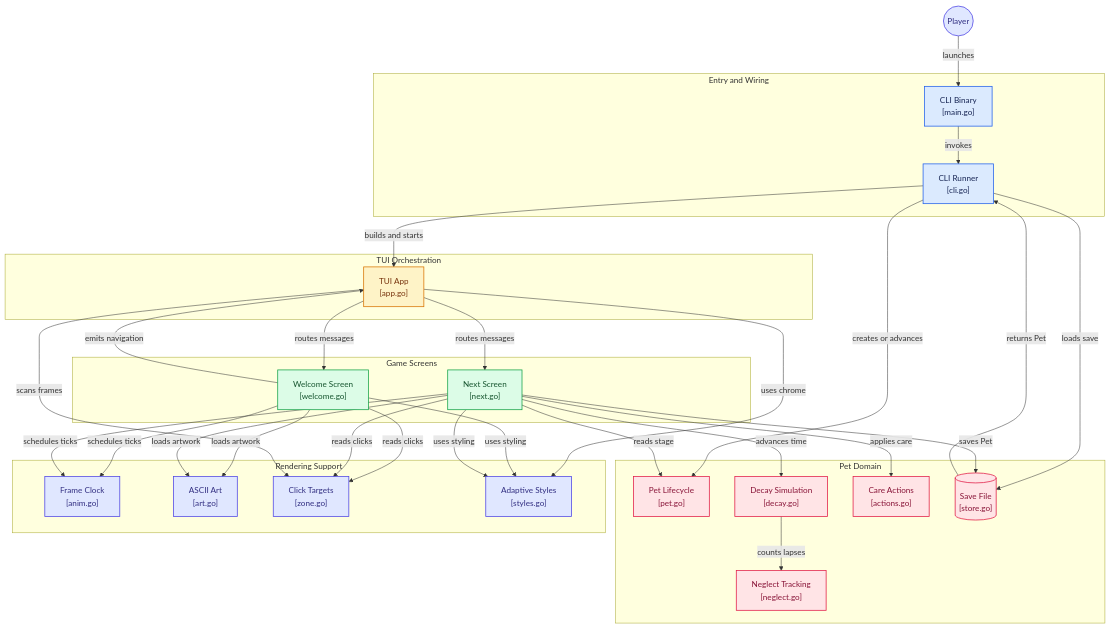
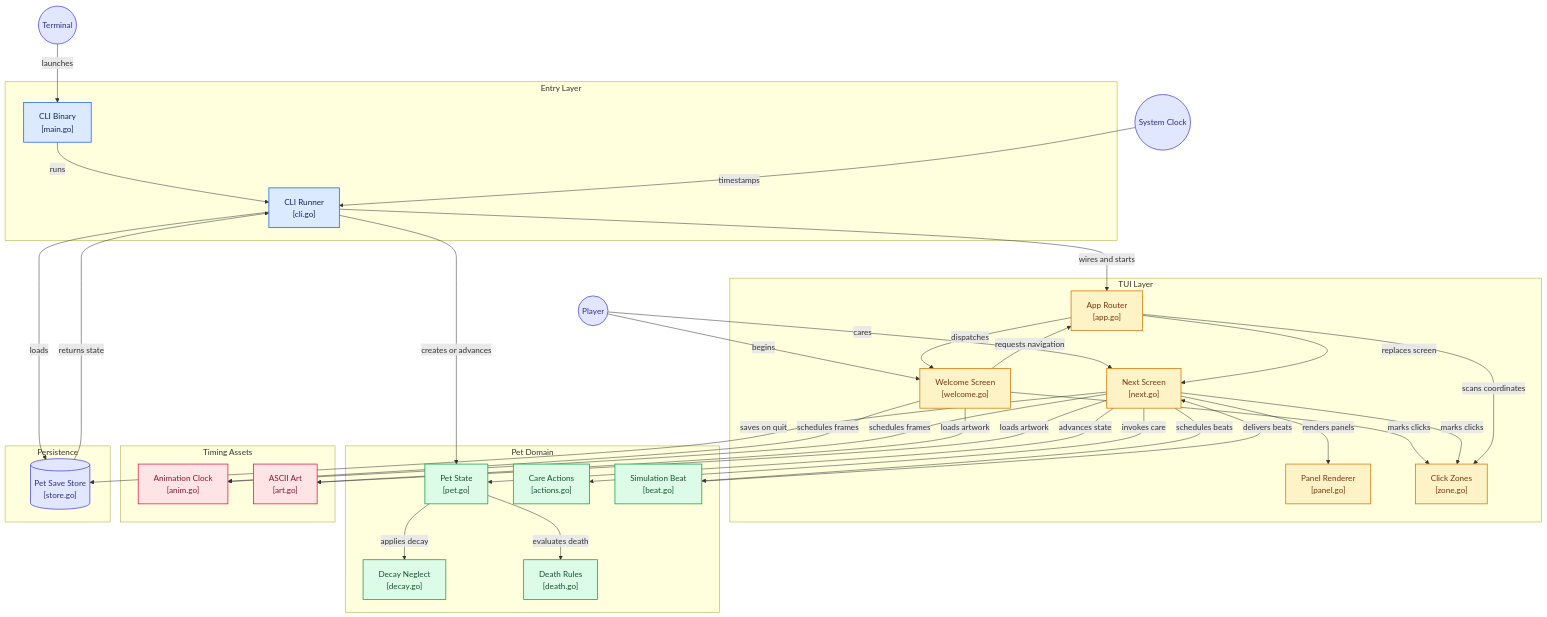
One commit to leekli/tamagotchi-go changed the diagram in README.md. Above: the diagram before and after it, drawn with Mermaid. The commit also changed other lines of this file, not shown here.

First line of the commit message:
docs: tidy the README and add the game rules

````diff
--- a/README.md
+++ b/README.md
@@ -162,76 +292,83 @@
 ```mermaid
 flowchart TD
 
-subgraph group_entry["Entry and Wiring"]
-  node_cmd["CLI Binary<br/>[main.go]"]
+subgraph group_entry["Entry Layer"]
+  node_main["CLI Binary<br/>[main.go]"]
   node_cli["CLI Runner<br/>[cli.go]"]
 end
 
-subgraph group_orchestration["TUI Orchestration"]
-  node_app["TUI App<br/>[app.go]"]
-end
-
-subgraph group_screens["Game Screens"]
+subgraph group_ui["TUI Layer"]
+  node_app["App Router<br/>[app.go]"]
   node_welcome["Welcome Screen<br/>[welcome.go]"]
   node_next["Next Screen<br/>[next.go]"]
+  node_panel["Panel Renderer<br/>[panel.go]"]
+  node_zones["Click Zones<br/>[zone.go]"]
 end
 
 subgraph group_domain["Pet Domain"]
-  node_pet["Pet Lifecycle<br/>[pet.go]"]
-  node_simulation["Decay Simulation<br/>[decay.go]"]
+  node_pet["Pet State<br/>[pet.go]"]
   node_care["Care Actions<br/>[actions.go]"]
-  node_neglect["Neglect Tracking<br/>[neglect.go]"]
-  node_store[("Save File<br/>[store.go]")]
+  node_decay["Decay Neglect<br/>[decay.go]"]
+  node_death["Death Rules<br/>[death.go]"]
+  node_beat["Simulation Beat<br/>[beat.go]"]
 end
 
-subgraph group_support["Rendering Support"]
-  node_anim["Frame Clock<br/>[anim.go]"]
+subgraph group_support["Timing Assets"]
+  node_anim["Animation Clock<br/>[anim.go]"]
   node_art["ASCII Art<br/>[art.go]"]
-  node_clicks["Click Targets<br/>[zone.go]"]
-  node_styles["Adaptive Styles<br/>[styles.go]"]
+end
+
+subgraph group_storage["Persistence"]
+  node_store[("Pet Save Store<br/>[store.go]")]
 end
 
 node_player(("Player"))
+node_terminal(("Terminal"))
+node_clock(("System Clock"))
 
-node_player -->|"launches"| node_cmd
-node_cmd -->|"invokes"| node_cli
-node_cli -->|"loads save"| node_store
-node_store -->|"returns Pet"| node_cli
+node_terminal -->|"launches"| node_main
+node_player -->|"begins"| node_welcome
+node_player -->|"cares"| node_next
+node_main -->|"runs"| node_cli
+node_clock -->|"timestamps"| node_cli
+node_cli -->|"loads"| node_store
+node_store -->|"returns state"| node_cli
 node_cli -->|"creates or advances"| node_pet
-node_cli -->|"builds and starts"| node_app
-node_app -->|"routes messages"| node_welcome
-node_app -->|"routes messages"| node_next
-node_welcome -->|"emits navigation"| node_app
-node_welcome -->|"schedules ticks"| node_anim
+node_cli -->|"wires and starts"| node_app
+node_app -->|"dispatches"| node_welcome
+node_welcome -->|"requests navigation"| node_app
+node_app -->|"replaces screen"| node_next
+node_next -->|"advances state"| node_pet
+node_next -->|"invokes care"| node_care
+node_next -->|"schedules beats"| node_beat
+node_beat -->|"delivers beats"| node_next
+node_pet -->|"applies decay"| node_decay
+node_pet -->|"evaluates death"| node_death
+node_next -->|"saves on quit"| node_store
+node_welcome -->|"schedules frames"| node_anim
+node_next -->|"schedules frames"| node_anim
 node_welcome -->|"loads artwork"| node_art
-node_welcome -->|"reads clicks"| node_clicks
-node_next -->|"schedules ticks"| node_anim
 node_next -->|"loads artwork"| node_art
-node_next -->|"reads stage"| node_pet
-node_next -->|"advances time"| node_simulation
-node_next -->|"applies care"| node_care
-node_next -->|"saves Pet"| node_store
-node_next -->|"reads clicks"| node_clicks
-node_simulation -->|"counts lapses"| node_neglect
-node_app -->|"scans frames"| node_clicks
-node_app -->|"uses chrome"| node_styles
-node_welcome -->|"uses styling"| node_styles
-node_next -->|"uses styling"| node_styles
+node_welcome -->|"marks clicks"| node_zones
+node_next -->|"marks clicks"| node_zones
+node_app -->|"scans coordinates"| node_zones
+node_next -->|"renders panels"| node_panel
 
-click node_cmd "https://github.com/leekli/tamagotchi-go/blob/main/cmd/tamagotchi-go/main.go"
+click node_main "https://github.com/leekli/tamagotchi-go/blob/main/cmd/tamagotchi-go/main.go"
 click node_cli "https://github.com/leekli/tamagotchi-go/blob/main/internal/cli/cli.go"
 click node_app "https://github.com/leekli/tamagotchi-go/blob/main/internal/tui/app.go"
 click node_welcome "https://github.com/leekli/tamagotchi-go/blob/main/internal/tui/welcome/welcome.go"
 click node_next "https://github.com/leekli/tamagotchi-go/blob/main/internal/tui/next/next.go"
+click node_panel "https://github.com/leekli/tamagotchi-go/blob/main/internal/tui/panel.go"
+click node_zones "https://github.com/leekli/tamagotchi-go/blob/main/internal/tui/zone.go"
 click node_pet "https://github.com/leekli/tamagotchi-go/blob/main/internal/pet/pet.go"
-click node_simulation "https://github.com/leekli/tamagotchi-go/blob/main/internal/pet/decay.go"
 click node_care "https://github.com/leekli/tamagotchi-go/blob/main/internal/pet/actions.go"
-click node_neglect "https://github.com/leekli/tamagotchi-go/blob/main/internal/pet/neglect.go"
-click node_store "https://github.com/leekli/tamagotchi-go/blob/main/internal/pet/store.go"
+click node_decay "https://github.com/leekli/tamagotchi-go/blob/main/internal/pet/decay.go"
+click node_death "https://github.com/leekli/tamagotchi-go/blob/main/internal/pet/death.go"
+click node_beat "https://github.com/leekli/tamagotchi-go/blob/main/internal/pet/beat.go"
 click node_anim "https://github.com/leekli/tamagotchi-go/blob/main/internal/anim/anim.go"
 click node_art "https://github.com/leekli/tamagotchi-go/blob/main/internal/art/art.go"
-click node_clicks "https://github.com/leekli/tamagotchi-go/blob/main/internal/tui/zone.go"
-click node_styles "https://github.com/leekli/tamagotchi-go/blob/main/internal/tui/styles.go"
+click node_store "https://github.com/leekli/tamagotchi-go/blob/main/internal/pet/store.go"
 
 classDef toneNeutral fill:#f8fafc,stroke:#334155,stroke-width:1.5px,color:#0f172a
 classDef toneBlue fill:#dbeafe,stroke:#2563eb,stroke-width:1.5px,color:#172554
@@ -240,9 +377,9 @@
 classDef toneRose fill:#ffe4e6,stroke:#e11d48,stroke-width:1.5px,color:#881337
 classDef toneIndigo fill:#e0e7ff,stroke:#4f46e5,stroke-width:1.5px,color:#312e81
 classDef toneTeal fill:#ccfbf1,stroke:#0f766e,stroke-width:1.5px,color:#134e4a
-class node_cmd,node_cli toneBlue
-class node_app toneAmber
-class node_welcome,node_next toneMint
-class node_pet,node_simulation,node_care,node_neglect,node_store toneRose
-class node_anim,node_art,node_clicks,node_styles,node_player toneIndigo
+class node_main,node_cli toneBlue
+class node_app,node_welcome,node_next,node_panel,node_zones toneAmber
+class node_pet,node_care,node_decay,node_death,node_beat toneMint
+class node_anim,node_art toneRose
+class node_store,node_player,node_terminal,node_clock toneIndigo
 ```
````
